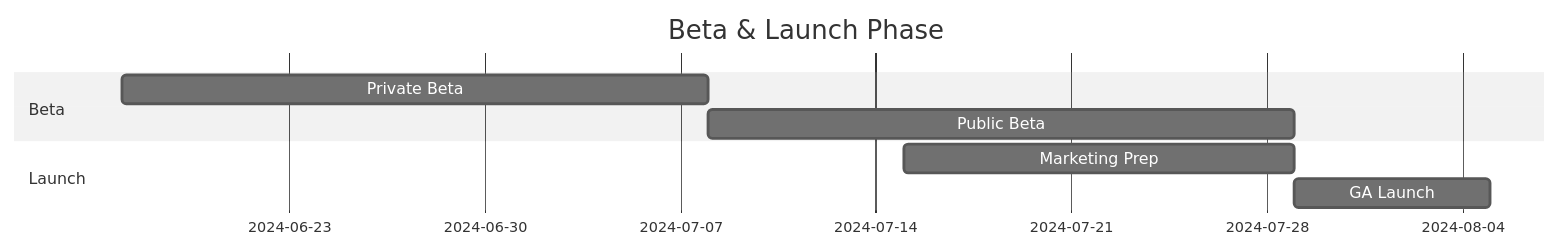
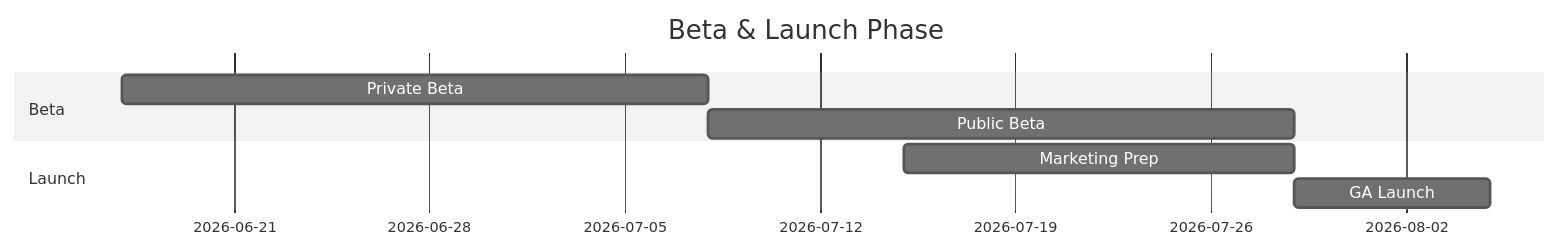
The eighth of 9 diagrams in docs/SAAS_PROJECT_ROADMAP.md (opreto/jira-monte-carlo), drawn with Mermaid (neutral theme) before and after one commit. The commit also changed other lines of this file and 22 other files, not shown here.

````diff
--- a/docs/SAAS_PROJECT_ROADMAP.md
+++ b/docs/SAAS_PROJECT_ROADMAP.md
@@ -361,11 +361,11 @@
 ```mermaid
 gantt
     title Beta & Launch Phase
     dateFormat  YYYY-MM-DD
     section Beta
-    Private Beta         :2024-06-17, 3w
-    Public Beta          :2024-07-08, 3w
+    Private Beta         :2026-06-17, 3w
+    Public Beta          :2026-07-08, 3w
     section Launch
-    Marketing Prep       :2024-07-15, 2w
-    GA Launch            :2024-07-29, 1w
+    Marketing Prep       :2026-07-15, 2w
+    GA Launch            :2026-07-29, 1w
 ```
````
